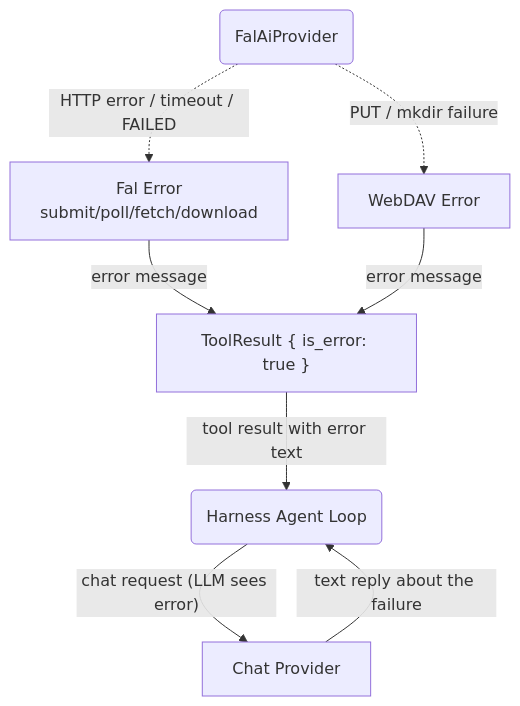
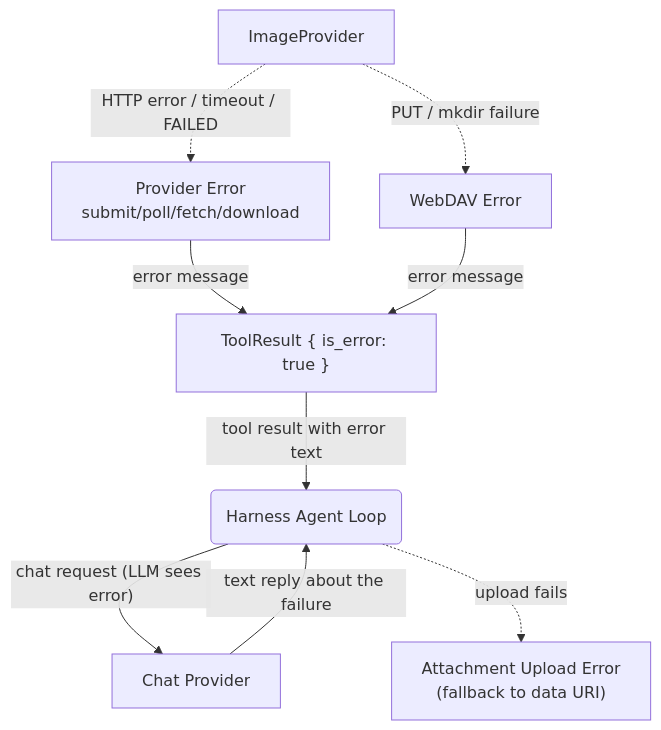
Before and after one commit to cosmoswafer/rockbot: the third of 3 diagrams in _docs/image-gen/image-gen-round-trip.md, drawn with Mermaid. The commit also changed other lines of this file and 1 other file, not shown here.

First line of the commit message:
docs: update image-gen docs for RocketChat attachment upload flow

````diff
--- a/_docs/image-gen/image-gen-round-trip.md
+++ b/_docs/image-gen/image-gen-round-trip.md
@@ -86,17 +84,19 @@
 ```mermaid
 flowchart TD
     LOOP(Harness Agent Loop)
     AI[Chat Provider]
-    FAL_QUEUE(FalAiProvider)
-    ERR_FAL[Fal Error<br/>submit/poll/fetch/download]
+    PROVIDER["ImageProvider"]
+    ERR_PROVIDER[Provider Error<br/>submit/poll/fetch/download]
     ERR_DAV[WebDAV Error]
+    ERR_UPLOAD["Attachment Upload Error<br/>(fallback to data URI)"]
     TOOL_ERR["ToolResult { is_error: true }"]
 
-    FAL_QUEUE -.->|"HTTP error / timeout / FAILED"| ERR_FAL
-    FAL_QUEUE -.->|"PUT / mkdir failure"| ERR_DAV
-    ERR_FAL -->|"error message"| TOOL_ERR
+    PROVIDER -.->|"HTTP error / timeout / FAILED"| ERR_PROVIDER
+    PROVIDER -.->|"PUT / mkdir failure"| ERR_DAV
+    ERR_PROVIDER -->|"error message"| TOOL_ERR
     ERR_DAV -->|"error message"| TOOL_ERR
     TOOL_ERR -->|"tool result with error text"| LOOP
     LOOP -->|"chat request (LLM sees error)"| AI
+    LOOP -.->|"upload fails"| ERR_UPLOAD
     AI -->|"text reply about the failure"| LOOP
 ```
````
